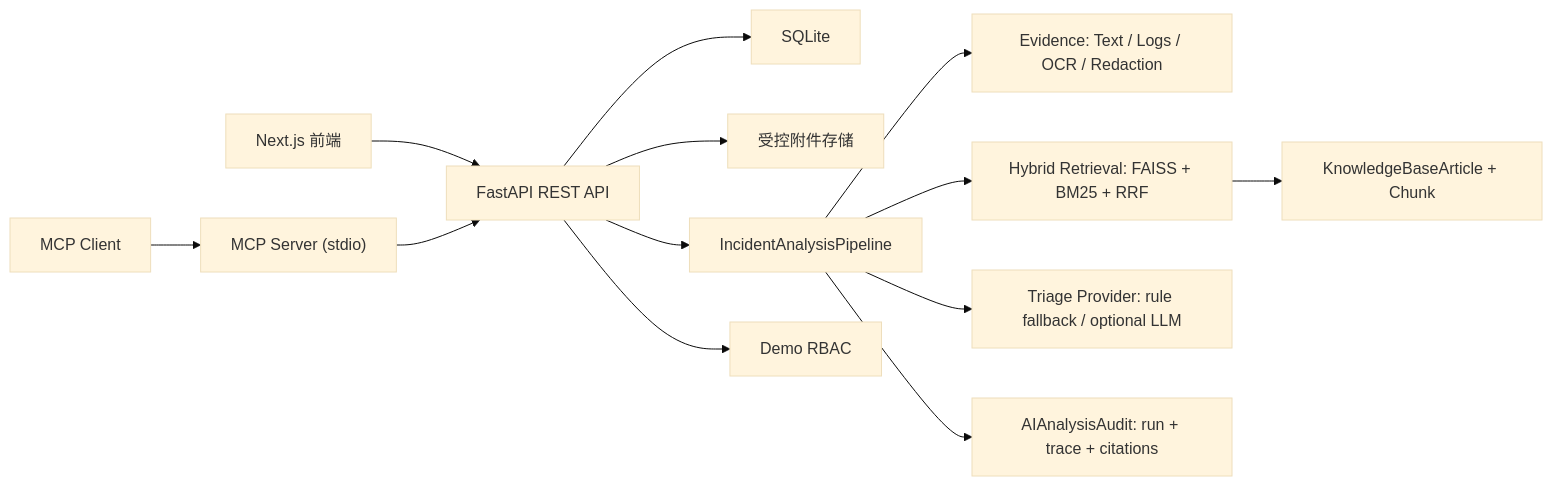
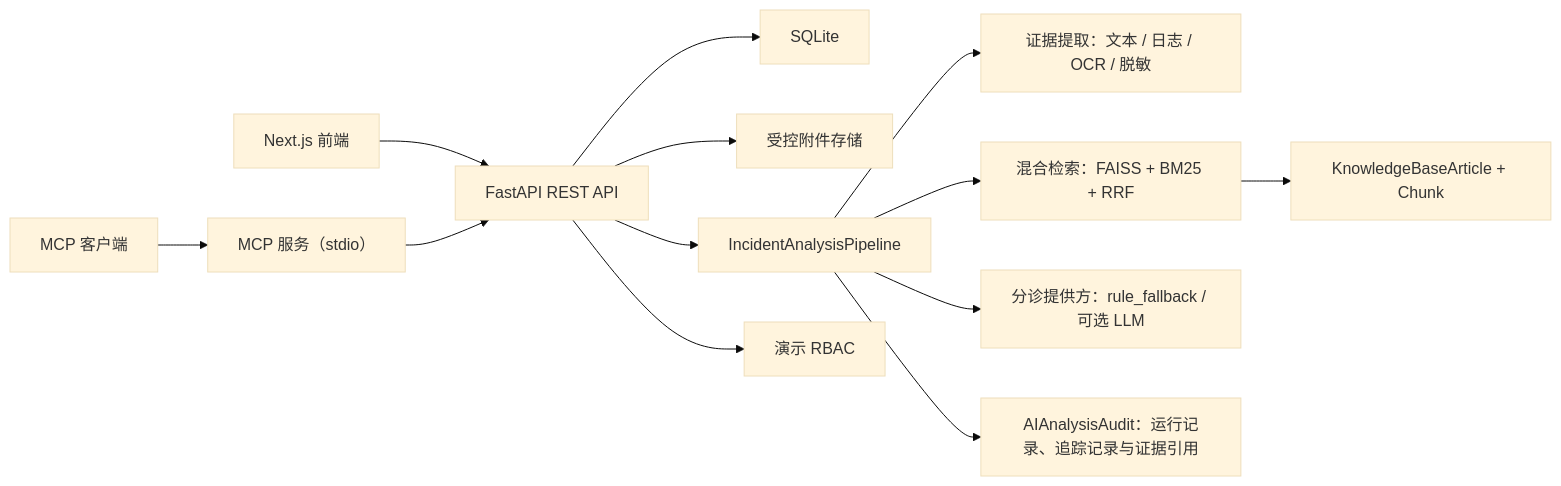
One commit to hyh0620/ai-incidentops-copilot changed the first of 2 diagrams in README.md. Above: the diagram before and after it, drawn with Mermaid (base theme). The commit also changed other lines of this file, not shown here.

````diff
--- a/README.md
+++ b/README.md
@@ -22,15 +22,15 @@
 ```mermaid
 flowchart LR
   UI["Next.js 前端"] --> API["FastAPI REST API"]
-  MCPC["MCP Client"] --> MCPS["MCP Server (stdio)"]
+  MCPC["MCP 客户端"] --> MCPS["MCP 服务（stdio）"]
   MCPS --> API
   API --> DB["SQLite"]
   API --> UP["受控附件存储"]
   API --> PIPE["IncidentAnalysisPipeline"]
-  PIPE --> EVID["Evidence: Text / Logs / OCR / Redaction"]
-  PIPE --> RET["Hybrid Retrieval: FAISS + BM25 + RRF"]
+  PIPE --> EVID["证据提取：文本 / 日志 / OCR / 脱敏"]
+  PIPE --> RET["混合检索：FAISS + BM25 + RRF"]
   RET --> KB["KnowledgeBaseArticle + Chunk"]
-  PIPE --> TRIAGE["Triage Provider: rule fallback / optional LLM"]
-  PIPE --> AUDIT["AIAnalysisAudit: run + trace + citations"]
-  API --> RBAC["Demo RBAC"]
+  PIPE --> TRIAGE["分诊提供方：rule_fallback / 可选 LLM"]
+  PIPE --> AUDIT["AIAnalysisAudit：运行记录、追踪记录与证据引用"]
+  API --> RBAC["演示 RBAC"]
 ```
````
